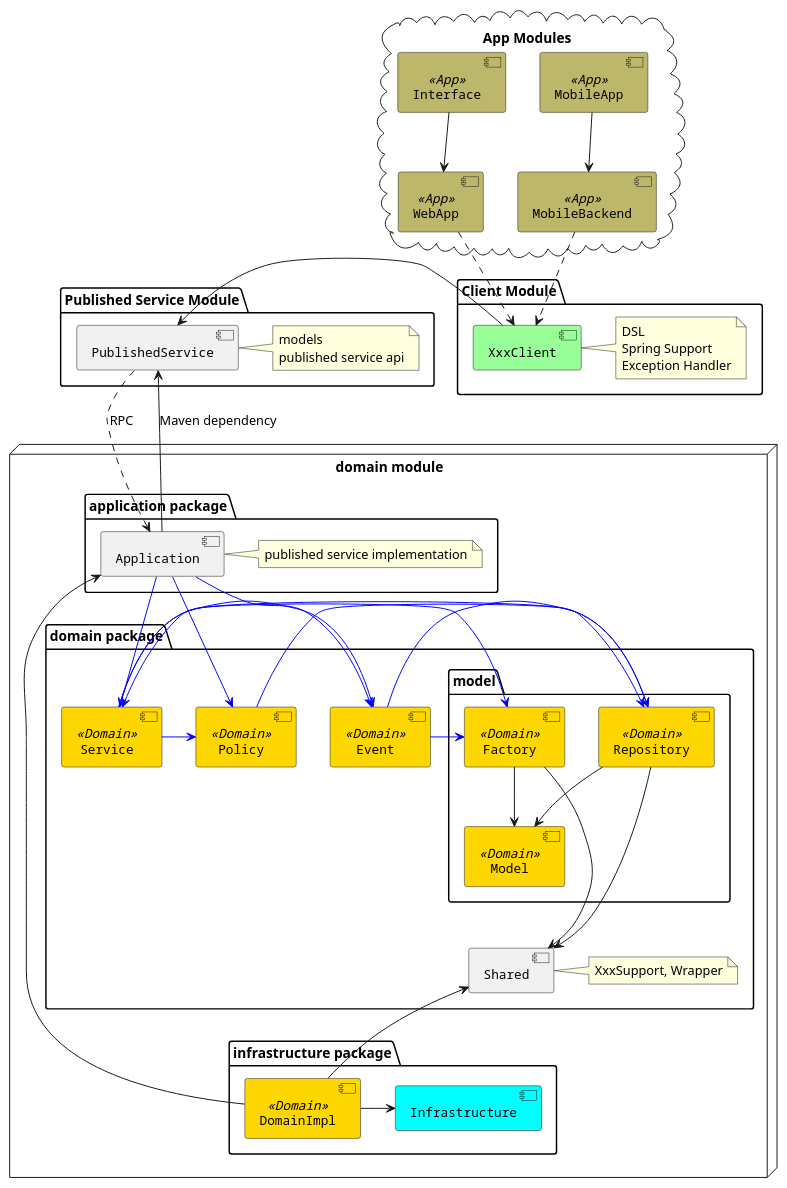
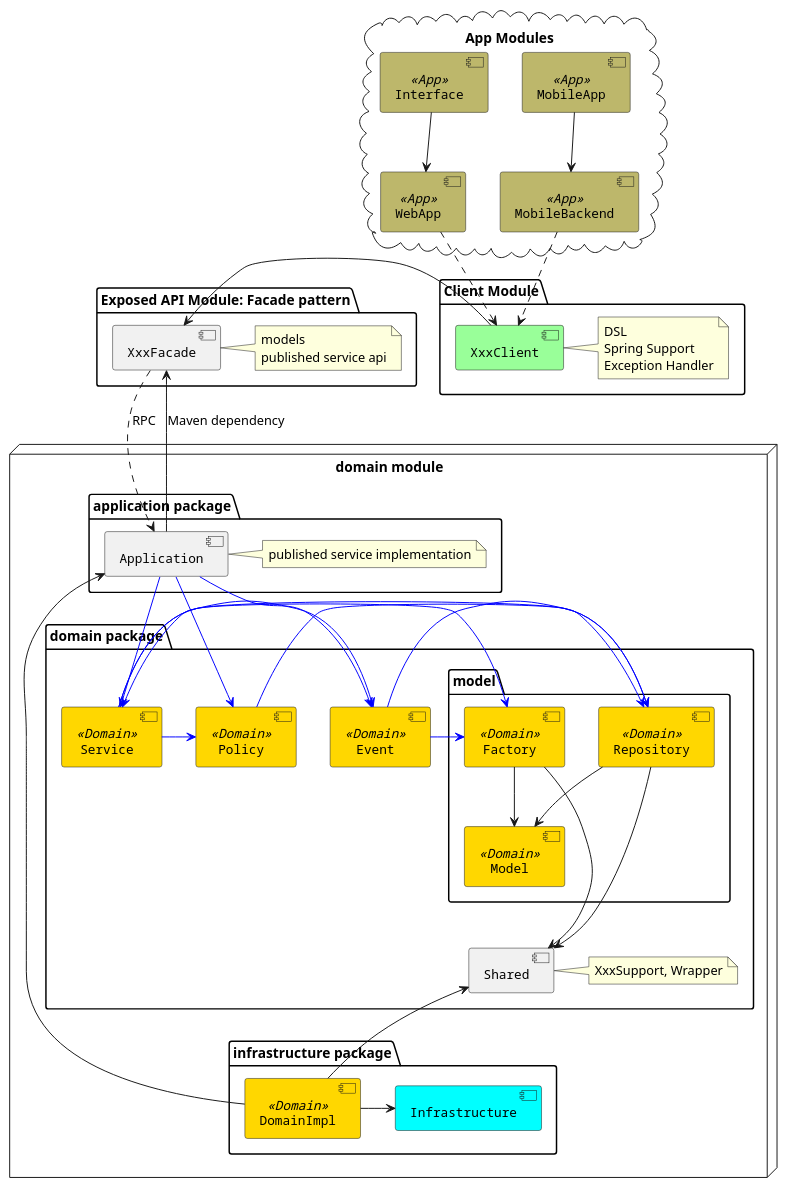
The diagram in src/main/puml/ddd-components-rpc.puml (linux-china/ddd-base), drawn with PlantUML before and after one commit.

Commit message:
change service to facade to remove confusion

```diff
--- a/src/main/puml/ddd-components-rpc.puml
+++ b/src/main/puml/ddd-components-rpc.puml
@@ -1,78 +1,78 @@
 @startuml
 
 node "domain module" {
     package "domain package"  {
         package "model" {
            [Model] <<Domain>>
            [Repository] <<Domain>>
            [Factory] <<Domain>>
         }
        [Shared]
         note right of Shared : XxxSupport, Wrapper
        [Service] <<Domain>>
        [Event] <<Domain>>
        [Policy] <<Domain>>
     }
     package "application package" {
       [Application]
       note right of Application : published service implementation
     }
     package "infrastructure package" {
       [Infrastructure] #Aqua
       [DomainImpl] <<Domain>>
       [DomainImpl] -> [Infrastructure]
     }
 }
-package "Published Service Module" {
-   [PublishedService]
-   note right of PublishedService : models\npublished service api
+package "Exposed API Module: Facade pattern" {
+   [XxxFacade]
+   note right of XxxFacade : models\npublished service api
 
 }
 package "Client Module" {
    [XxxClient] #99FF99
    note right of XxxClient : DSL\nSpring Support\nException Handler
 
-   [XxxClient] -> [PublishedService]
+   [XxxClient] -> [XxxFacade]
 }
 
 cloud "App Modules" {
     [WebApp] <<App>>
     [MobileBackend] <<App>>
     [Interface] <<App>>
     [MobileApp] <<App>>
 }
 
 [Shared] <-- [DomainImpl]
 [Application] <--- [DomainImpl]
 [Repository] ---> [Shared]
 [Repository] --> [Model]
 [Factory] ---> [Shared]
 [Service] -[#0000FF]> [Factory]
 [Service] -[#0000FF]> [Repository]
 [Service] -[#0000FF]> [Policy]
 [Policy] -[#0000FF]> [Repository]
 [Factory] --> [Model]
 [Event] -[#0000FF]> [Factory]
 [Event] <-[#0000FF]> [Service]
 [Event] -[#0000FF]> [Repository]
 
 [Application] -[#0000FF]-> [Service]
 [Application] -[#0000FF]-> [Event]
 [Application] -[#0000FF]-> [Policy]
 
-[PublishedService] ..> [Application]: RPC
-[PublishedService] <-- [Application]: Maven dependency
+[XxxFacade] ..> [Application]: RPC
+[XxxFacade] <-- [Application]: Maven dependency
 
 [WebApp] ..> [XxxClient]
 [Interface] --> [WebApp]
 [MobileBackend] ..> [XxxClient]
 [MobileApp] --> [MobileBackend]
 
 skinparam component {
   FontSize 13
   BackgroundColor<<Domain>> gold
   BackgroundColor<<App>> DarkKhaki
   FontName Courier
 }
 
 @enduml
```
